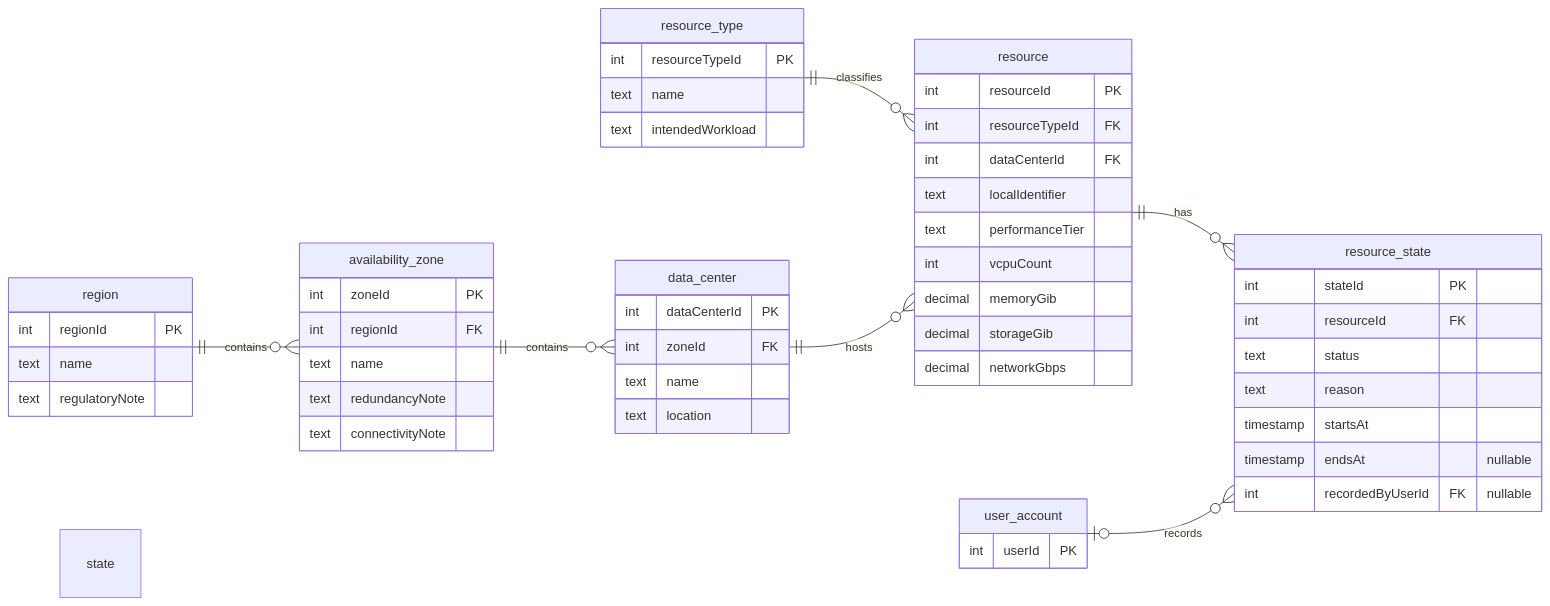
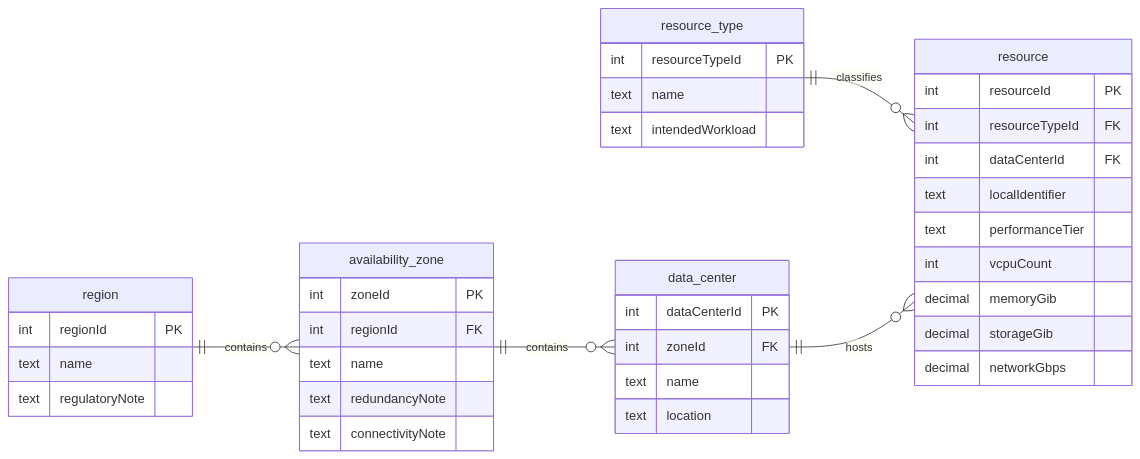
The second of 4 diagrams in docs/milestone1/Group4_ERD_Views.md (kechavious/CloudNine_Systems), drawn with Mermaid before and after one commit. The commit also changed other lines of this file and 15 other files, not shown here.

````diff
--- a/docs/milestone1/Group4_ERD_Views.md
+++ b/docs/milestone1/Group4_ERD_Views.md
@@ -102,56 +96,42 @@
 ```mermaid
 erDiagram
     direction LR
     region ||--o{ availability_zone : contains
     availability_zone ||--o{ data_center : contains
     resource_type ||--o{ resource : classifies
     data_center ||--o{ resource : hosts
-    resource ||--o{ resource_state : has
-    user_account o|--o{ resource_state : records resource state
     region {
         int regionId PK
         text name
         text regulatoryNote
     }
     availability_zone {
         int zoneId PK
         int regionId FK
         text name
         text redundancyNote
         text connectivityNote
     }
     data_center {
         int dataCenterId PK
         int zoneId FK
         text name
         text location
     }
     resource_type {
         int resourceTypeId PK
         text name
         text intendedWorkload
     }
     resource {
         int resourceId PK
         int resourceTypeId FK
         int dataCenterId FK
         text localIdentifier
         text performanceTier
         int vcpuCount
         decimal memoryGib
         decimal storageGib
         decimal networkGbps
     }
-    resource_state {
-        int stateId PK
-        int resourceId FK
-        text status
-        text reason
-        timestamp startsAt
-        timestamp endsAt "nullable"
-        int recordedByUserId FK "nullable"
-    }
-    user_account {
-        int userId PK
-    }
 ```
````
